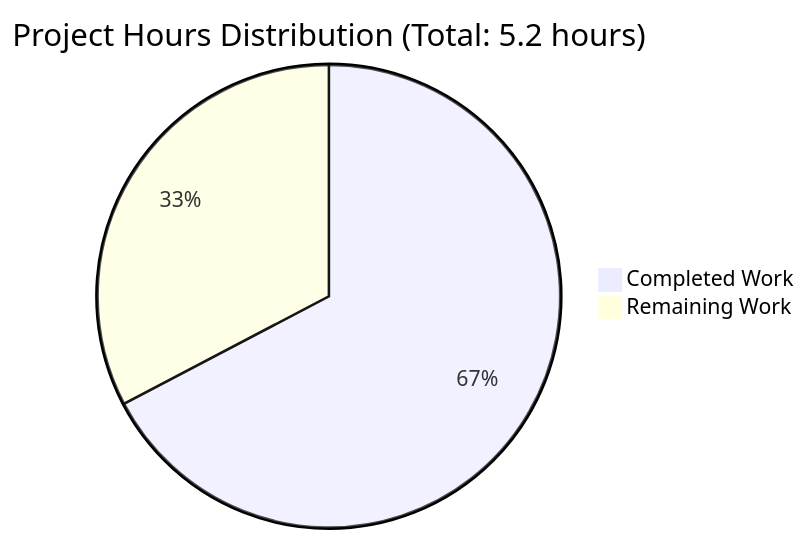
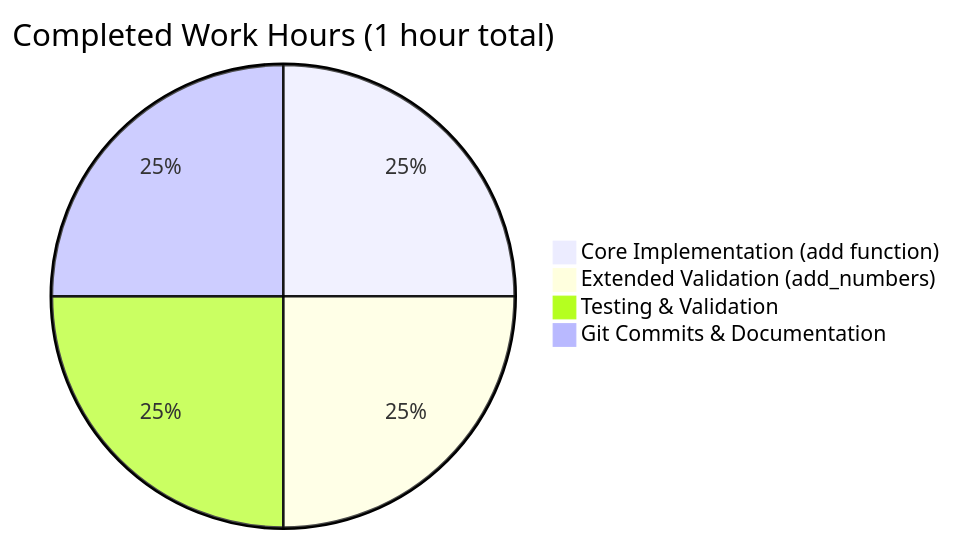
The first of 2 diagrams in blitzy/documentation/Project Guide.md (prasad-blitzy/quick-repo-3), drawn with Mermaid before and after one commit. The commit also changed other lines of this file, not shown here.

Commit message:
Adding Blitzy Project Guide: Project Status and Human Tasks Remaining

````diff
--- a/blitzy/documentation/Project Guide.md
+++ b/blitzy/documentation/Project Guide.md
@@ -281,5 +291,7 @@
 ```mermaid
-pie title Project Hours Distribution (Total: 5.2 hours)
-    "Completed Work" : 3.5
-    "Remaining Work" : 1.7
+pie title Completed Work Hours (1 hour total)
+    "Core Implementation (add function)" : 0.25
+    "Extended Validation (add_numbers)" : 0.25
+    "Testing & Validation" : 0.25
+    "Git Commits & Documentation" : 0.25
 ```
````
